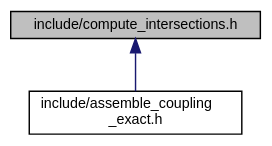
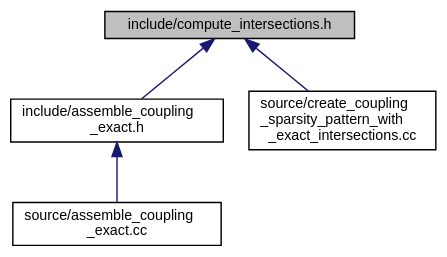
Before and after one commit to luca-heltai/fsi-suite: the diagram in compute__intersections_8h__dep__incl.dot, drawn with Graphviz. The commit also changed 650 other files, not shown here.

```diff
--- a/compute__intersections_8h__dep__incl.dot
+++ b/compute__intersections_8h__dep__incl.dot
@@ -1,10 +1,14 @@
 digraph "include/compute_intersections.h"
 {
  // LATEX_PDF_SIZE
   bgcolor="transparent";
   edge [fontname="Helvetica",fontsize="10",labelfontname="Helvetica",labelfontsize="10"];
   node [fontname="Helvetica",fontsize="10",shape=record];
   Node1 [label="include/compute_intersections.h",height=0.2,width=0.4,color="black", fillcolor="grey75", style="filled", fontcolor="black",tooltip=" "];
   Node1 -> Node2 [dir="back",color="midnightblue",fontsize="10",style="solid",fontname="Helvetica"];
   Node2 [label="include/assemble_coupling\l_exact.h",height=0.2,width=0.4,color="black",URL="$assemble__coupling__exact_8h.html",tooltip=" "];
+  Node2 -> Node3 [dir="back",color="midnightblue",fontsize="10",style="solid",fontname="Helvetica"];
+  Node3 [label="source/assemble_coupling\l_exact.cc",height=0.2,width=0.4,color="black",URL="$assemble__coupling__exact_8cc.html",tooltip=" "];
+  Node1 -> Node4 [dir="back",color="midnightblue",fontsize="10",style="solid",fontname="Helvetica"];
+  Node4 [label="source/create_coupling\l_sparsity_pattern_with\l_exact_intersections.cc",height=0.2,width=0.4,color="black",URL="$create__coupling__sparsity__pattern__with__exact__intersections_8cc.html",tooltip=" "];
 }
```
